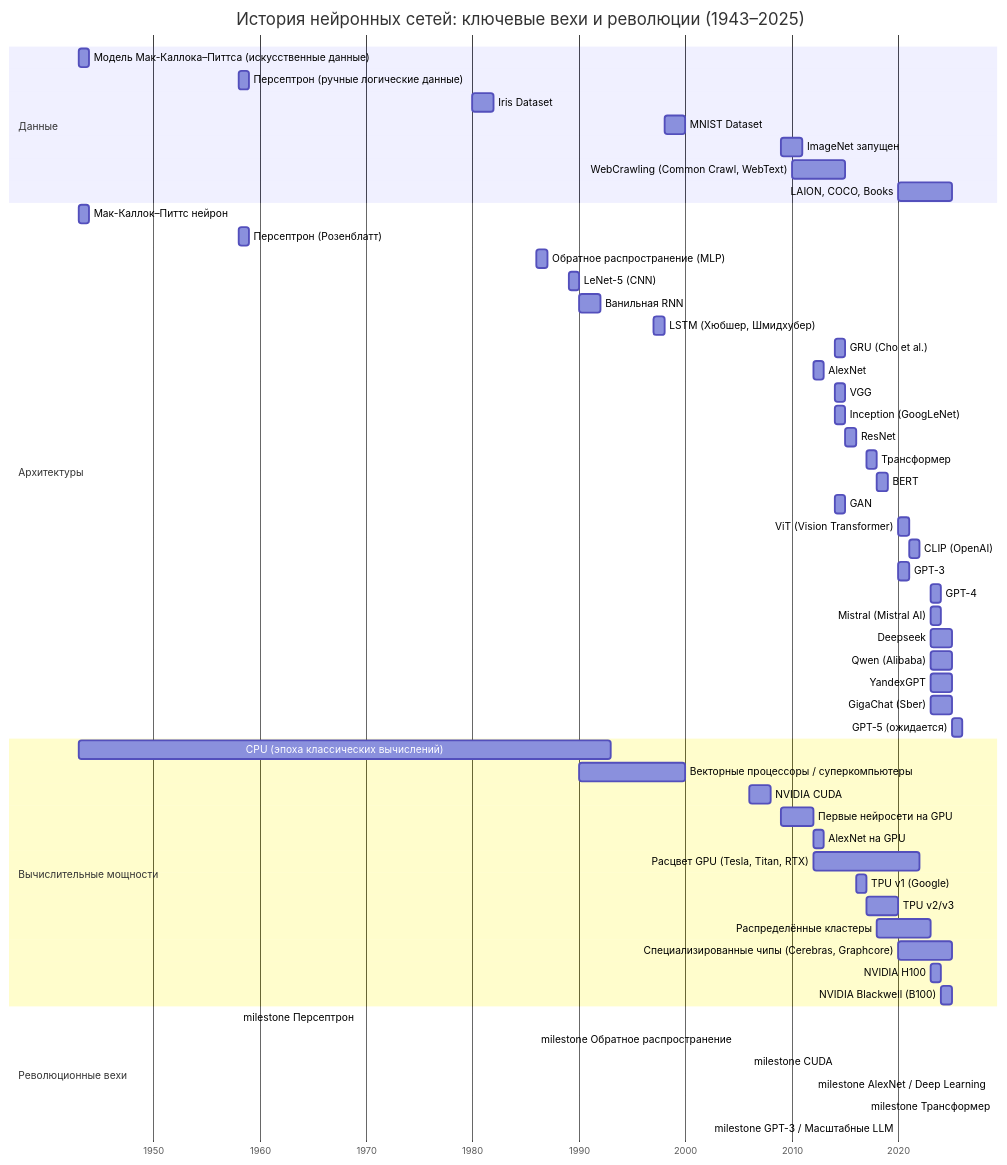
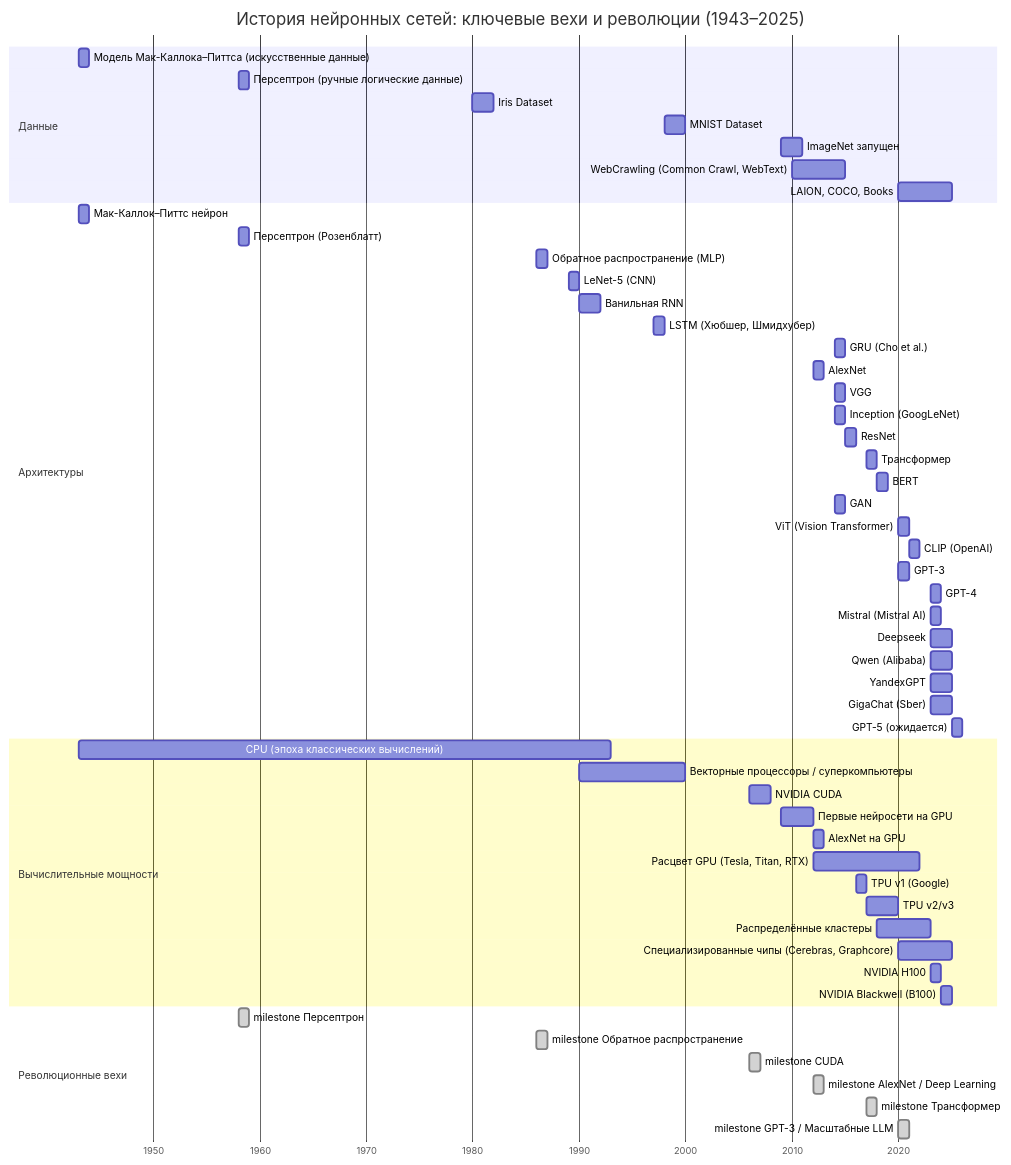
One commit to dayekb/markdown_mermaid_test changed the diagram in mermaid/gant_1.md. Above: the diagram before and after it, drawn with Mermaid.

````diff
--- a/mermaid/gant_1.md
+++ b/mermaid/gant_1.md
@@ -1,65 +1,65 @@
 ```mermaid 
 
 
 gantt
     title История нейронных сетей: ключевые вехи и революции (1943–2025)
     dateFormat  YYYY
     axisFormat %Y
     section Данные
     Модель Мак-Каллока–Питтса (искусственные данные) : 1943, 1y
     Персептрон (ручные логические данные) : 1958, 1y
     Iris Dataset : 1980, 2y
     MNIST Dataset : 1998, 2y
     ImageNet запущен : 2009, 2y
     WebCrawling (Common Crawl, WebText) : 2010, 5y
     LAION, COCO, Books : 2020, 5y
 
     section Архитектуры
     Мак-Каллок–Питтс нейрон : 1943, 1y
     Персептрон (Розенблатт) : 1958, 1y
     Обратное распространение (MLP) : 1986, 1y
     LeNet-5 (CNN) : 1989, 1y
     Ванильная RNN : 1990, 2y
     LSTM (Хюбшер, Шмидхубер) : 1997, 1y
     GRU (Cho et al.) : 2014, 1y
     AlexNet : 2012, 1y
     VGG : 2014, 1y
     Inception (GoogLeNet) : 2014, 1y
     ResNet : 2015, 1y
     Трансформер : 2017, 1y
     BERT : 2018, 1y
     GAN : 2014, 1y
     ViT (Vision Transformer) : 2020, 1y
     CLIP (OpenAI) : 2021, 1y
     GPT-3 : 2020, 1y
     GPT-4 : 2023, 1y
     Mistral (Mistral AI) : 2023, 1y
     Deepseek : 2023, 2y
     Qwen (Alibaba) : 2023, 2y
     YandexGPT : 2023, 2y
     GigaChat (Sber) : 2023, 2y
     GPT-5 (ожидается) : 2025, 1y
 
     section Вычислительные мощности
     CPU (эпоха классических вычислений) : 1943, 50y
     Векторные процессоры / суперкомпьютеры : 1990, 10y
     NVIDIA CUDA : 2006, 2y
     Первые нейросети на GPU : 2009, 3y
     AlexNet на GPU : 2012, 1y
     Расцвет GPU (Tesla, Titan, RTX) : 2012, 10y
     TPU v1 (Google) : 2016, 1y
     TPU v2/v3 : 2017, 3y
     Распределённые кластеры : 2018, 5y
     Специализированные чипы (Cerebras, Graphcore) : 2020, 5y
     NVIDIA H100 : 2023, 1y
     NVIDIA Blackwell (B100) : 2024, 1y
 
     section Революционные вехи
-    milestone Персептрон : done, 1958, 1d
-    milestone Обратное распространение : done, 1986, 1d
-    milestone CUDA : done, 2006, 1d
-    milestone AlexNet / Deep Learning : done, 2012, 1d
-    milestone Трансформер : done, 2017, 1d
-    milestone GPT-3 / Масштабные LLM : done, 2020, 1d
+    milestone Персептрон : done, 1958, 1y
+    milestone Обратное распространение : done, 1986, 1y
+    milestone CUDA : done, 2006, 1y
+    milestone AlexNet / Deep Learning : done, 2012, 1y
+    milestone Трансформер : done, 2017, 1y
+    milestone GPT-3 / Масштабные LLM : done, 2020, 1y
 
 ```
````
